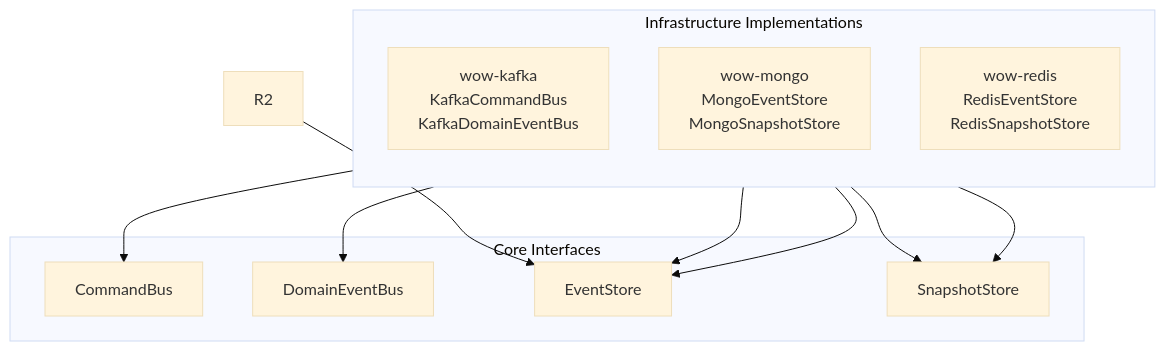
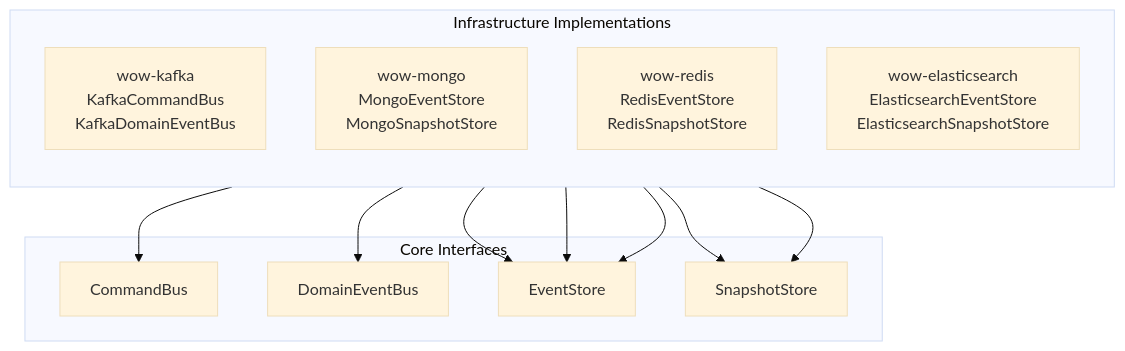
One commit to Ahoo-Wang/Wow changed the second of 3 diagrams in documentation/docs/en/guide/advanced/module-dependencies.md. Above: the diagram before and after it, drawn with Mermaid (base theme). The commit also changed 65 other files, not shown here.

````diff
--- a/documentation/docs/en/guide/advanced/module-dependencies.md
+++ b/documentation/docs/en/guide/advanced/module-dependencies.md
@@ -273,27 +273,28 @@
 ```mermaid
 graph TB
     subgraph Interfaces["Core Interfaces"]
         CB["CommandBus"]
         DEB["DomainEventBus"]
         ES["EventStore"]
         SR["SnapshotStore"]
     end
 
     subgraph Implementations["Infrastructure Implementations"]
         direction TB
         K["wow-kafka<br>KafkaCommandBus<br>KafkaDomainEventBus"]
         M["wow-mongo<br>MongoEventStore<br>MongoSnapshotStore"]
         R["wow-redis<br>RedisEventStore<br>RedisSnapshotStore"]
+        ES_IMPL["wow-elasticsearch<br>ElasticsearchEventStore<br>ElasticsearchSnapshotStore"]
     end
 
     K --> CB
     K --> DEB
     M --> ES
     M --> SR
     R --> ES
     R --> SR
-    R2 --> ES
+    ES_IMPL --> ES
 
 
 
 ```
````
